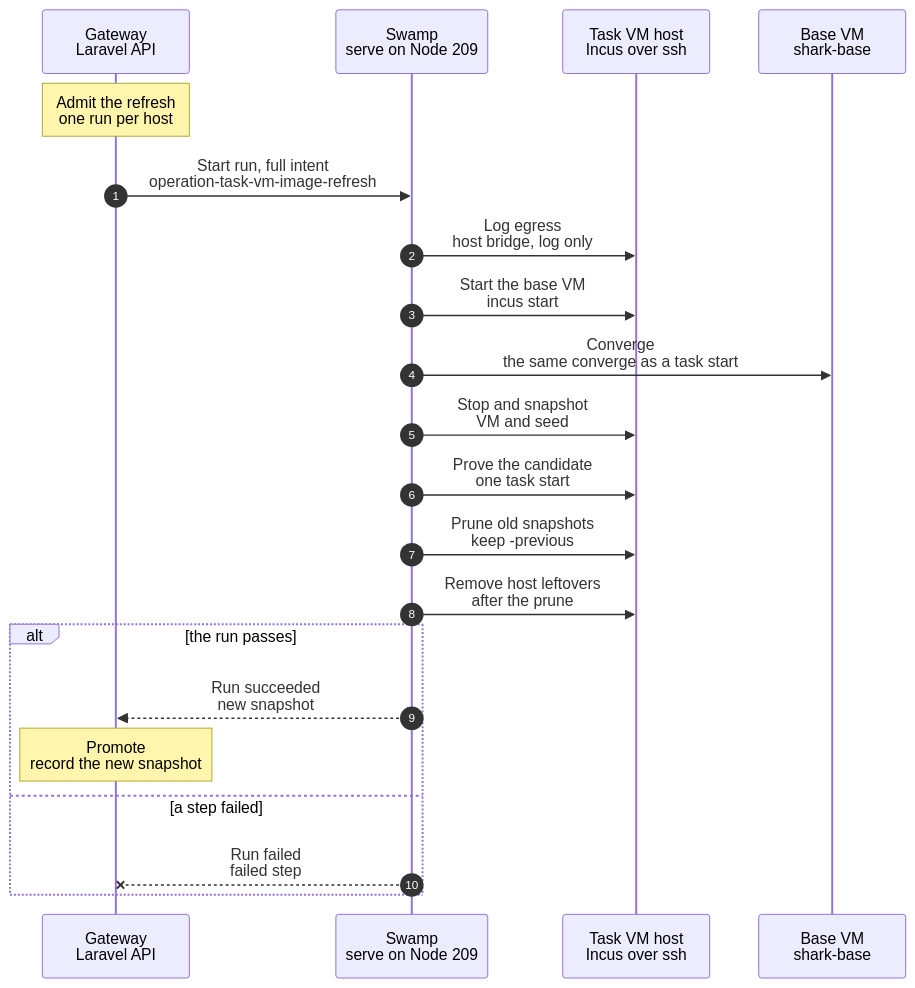
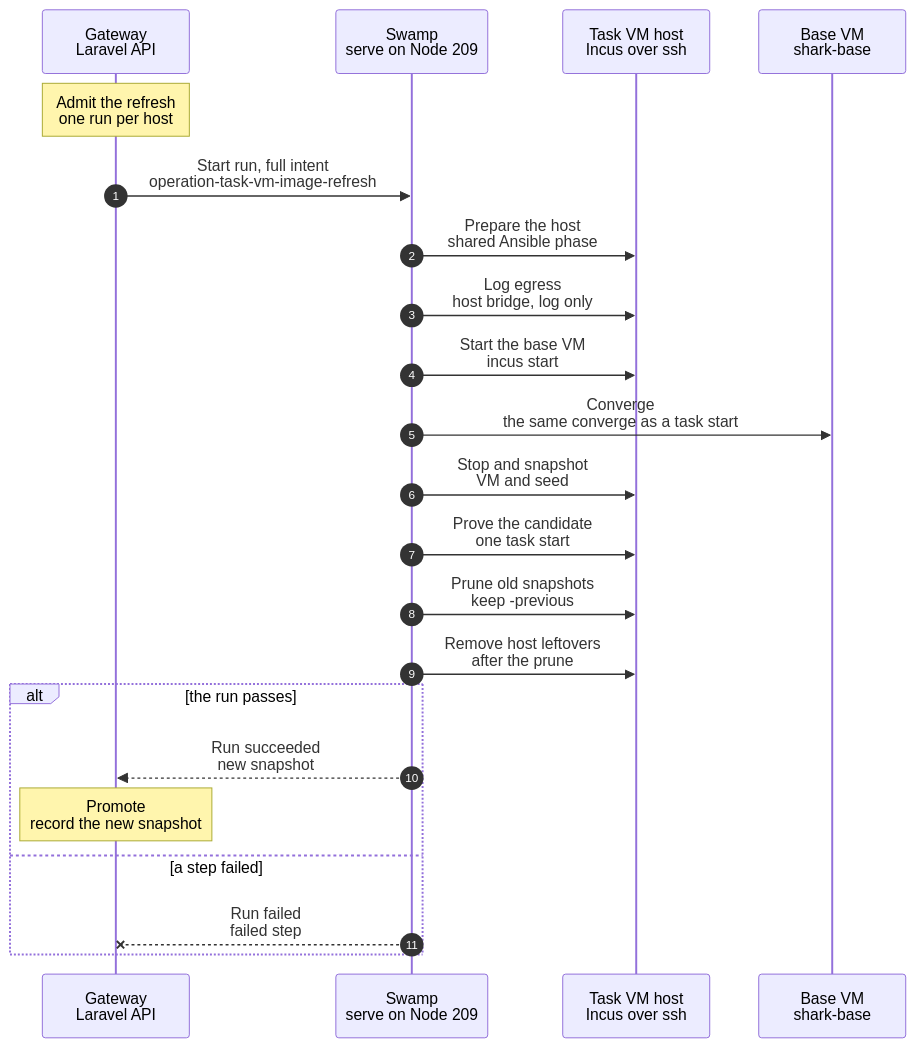
One commit to hardimpactdev/orbit changed the diagram in docs/cli/task/vm-image-refresh.mmd. Above: the diagram before and after it, drawn with Mermaid. The commit also changed 2 other files, not shown here.

Commit message:
docs: specify shared task VM host preparation and RAM budgets

```diff
--- a/docs/cli/task/vm-image-refresh.mmd
+++ b/docs/cli/task/vm-image-refresh.mmd
@@ -1,70 +1,76 @@
 sequenceDiagram
   %% Target design (agreed with Nick, 2026-11-07): each task VM host keeps one stopped base VM, `shark-base`, that never gets an identity. Its ZFS snapshot is the base a task start copies; there is no Incus image and no publish. In every Gateway release, and daily, the base VM converges and a new snapshot becomes the base, so a task start's converge stays near a no-op.
   %% status: draft
   %% command: none · in every Gateway release, and daily
   %% kind: task_vm.image_refresh
   autonumber
   %% lane GW icon=gateway pill=intent tone=blue
   %% lane SW icon=workflow pill=executes tone=green
   %% lane H icon=server pill=target tone=amber
   %% lane VM icon=server pill=base VM tone=purple
   participant GW as Gateway<br/>Laravel API
   participant SW as Swamp<br/>serve on Node 209
   participant H as Task VM host<br/>Incus over ssh
   participant VM as Base VM<br/>shark-base
   Note over GW: Admit the refresh<br/>one run per host
   %%> Started by:
   %%> - every Gateway release, from its step "Admit VM refreshes", as soon as Swamp has loaded the new commit and while the release goes on to switch: `task-vms:refresh-images --commit <sha>` runs from the new release, so the intent holds the new commit's recipe, pins and checkout, and the run uses the new commit's workflows and playbooks; a code-only release refreshes too
   %%> - the daily schedule at 03:20, and an operator
   %%> - a release asks a host again, up to 6 rounds 5 s apart, when Swamp could not take the run yet because it had just reloaded
   %%> Result:
   %%> - one run per host, all hosts in parallel; the run never holds the release, and a host that refuses is skipped until the next trigger
   %%> - a host with a refresh open keeps it, and the newest commit waits behind it: one pending commit per host, the newest wins, and the run that ends admits it
   GW->>SW: Start run, full intent<br/>operation-task-vm-image-refresh
+  SW->>H: Prepare the host<br/>shared Ansible phase
+  %%> What it does:
+  %%> - validates existing pool, project and bridge before changes; preserves unrelated host resources
+  %%> - creates a missing native dataset pool, or an Incus-managed loop-backed ZFS pool with the configured size
+  %%> - caps ARC at 2 GiB only when the actual pool source is a regular file; native-ZFS hosts keep their setting
+  %%> - converges the isolated NAT bridge, ACL, project, profile, stock Ubuntu image and forwarding rule; an unchanged rerun changes nothing
   SW->>H: Log egress<br/>host bridge, log only
   %%> What it does:
   %%> - sets up the egress log of the host bridge (Ansible part `egress-log`): an nftables rule logs each new outside connection of a task VM, rsyslog writes it to its own file, and dnsmasq logs the DNS queries; nothing is blocked
   %%> - the first run sets `raw.dnsmasq`, which runs the whole setup of the bridge again and restarts its dnsmasq: running VMs lose DNS for about a second, so it should run when no provision is running; Incus then runs that dnsmasq without its AppArmor profile, as the user `incus`
   %%> - it runs before the base is touched; only a safety check fails the run (rules that do not load, a bridge with IPv6, an ACL without its drop rule) and starts no rollback; other checks warn
   SW->>H: Start the base VM<br/>incus start
   %%> What it does:
   %%> - before starting, converges the base VM's `raw.qemu.conf`: `[boot-opts]` with `menu = "on"` and `splash-time = "0"` skips OVMF's 3 s menu wait; every snapshot and task copy inherit it
   %%> - starts the stopped base VM; about 10 s to its guest agent; its containers start with it
-  %%> - a host without a base VM gets it here, once: `incus init` from the stock Ubuntu VM image that `task-vms:prepare-host` copied, an empty seed volume, and a first boot that makes the `orbit` account with the key of the Swamp control Node and installs the SSH server; the converge builds everything else
+  %%> - a host without a base VM gets it here, once: `incus init` from the stock Ubuntu VM image that host preparation copied, an empty seed volume, and a first boot that makes the `orbit` account with the key of the Swamp control Node and installs the SSH server; the converge builds everything else
   %%> - the task VM project keeps `restricted.snapshots=allow`: the base is a snapshot, and only a host API client can take one
   %%> - `task-vms:refresh-image <host> --from-stock` withdraws the recorded base at admission, so no task start copies it, and the run first deletes the base VM and its seed with their snapshots and builds the base from stock; after a failure the next refresh builds it as on a new host
   SW->>VM: Converge<br/>the same converge as a task start
   %%> What it does:
   %%> - each part runs only when its digest changed: the outer VM, the warm checkout at the release commit, each container
   %%> - the refresh owns the containers' `base` snapshots and retakes them when the fleet changed; the nested Gateway's services restart only when `apps/gateway` changed, and its agent delivery manifest is placed only when the pinned agent build changed
   %%> - a base VM without a nested fleet builds it here, once, in the fleet phase: three system containers from stock Ubuntu on the nested network, the nested Gateway prepared by one local `gateway-bootstrap` run, its own Node, `gateway` and `websocket` converges, app-dev and app-prod added through its own Orbit, the checkout as their disk device, a Doctor wait, then the operator join
   %%> - the build runs only when the fleet is not complete: a container is missing, or the operator stamp that the join writes last is not recorded; it removes that stamp and any container first and builds whole. A complete fleet skips it and restarts no container
   %%> - no other wait for the nested Gateway and no identity wipe: the base VM never gets an identity, and readiness belongs to a task start
   %%> - the boot phase bakes the Orbit root CA and the firewall into the base, and the `orbit-identity` unit that mounts a copy's identity share and applies it before sshd, WireGuard and the agent; a base VM has no share, so the unit skips
   %%> - the boot phase also matches the uplink by type and name (`00-orbit-task-vm.network`), never by the base VM's MAC, so every copy gets an address; it waits online for IPv4 only, masks the apt and motd timers, and starts Docker at boot, as its package does
   SW->>H: Stop and snapshot<br/>VM and seed
   %%> What it does:
   %%> - stops the base VM and snapshots it and its seed volume under the run's name; ZFS snapshots, about 1 s
   SW->>H: Prove the candidate<br/>one task start
   %%> What it does:
   %%> - steps 2 to 4 of a task start from the new snapshot in a free slot, then its release
   SW->>H: Prune old snapshots<br/>keep -previous
   %%> What it does:
   %%> - keeps the new snapshot and the one before it; removes older ones of the VM and the seed
   SW->>H: Remove host leftovers<br/>after the prune
   %%> What it does:
   %%> - in the task VM project: every image but the stock source image, the volumes of retired image seeds (`orbit-topology-seed-*`) and the slot-pool baseline (`orbit-baseline-*`)
   %%> - the retired projects the Gateway names (`orbit-baselines`, `orbit-measure-nr`), with what they hold, and the old images of `orbit-proto`
   %%> - only where the project keeps its own images and volumes; a project that cannot be emptied is reported after the others had their turn
   %%> - a failure here fails no refresh: the next refresh removes what is left, and the Operation's result says `host_clean: failed`
   alt the run passes
     SW-->>GW: Run succeeded<br/>new snapshot
     Note over GW: Promote<br/>record the new snapshot
     %%> Result:
     %%> - task starts copy the new snapshot; the one before it is `-previous`
     %%> - target: about 25 s for a no-op refresh before the proof (boot 10 s, converge 8 s, stop 5 s, snapshot 1 s); the first refresh of a new host builds the whole base, so it takes much longer: about 30 min of it is the fleet build
   else a step failed
     SW--xGW: Run failed<br/>failed step
     %%> On failure:
     %%> - the base VM is stopped and rolled back to the recorded snapshot, and a new snapshot is removed; task starts keep the recorded one
   end
```
